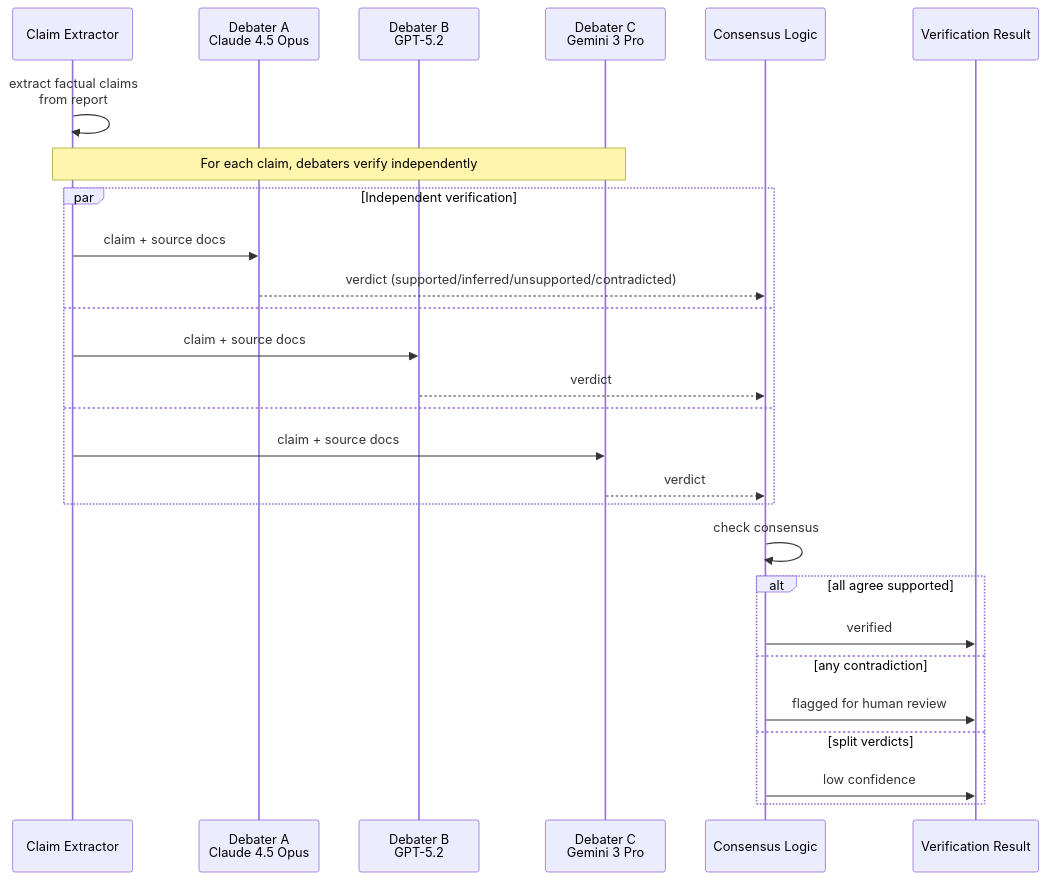
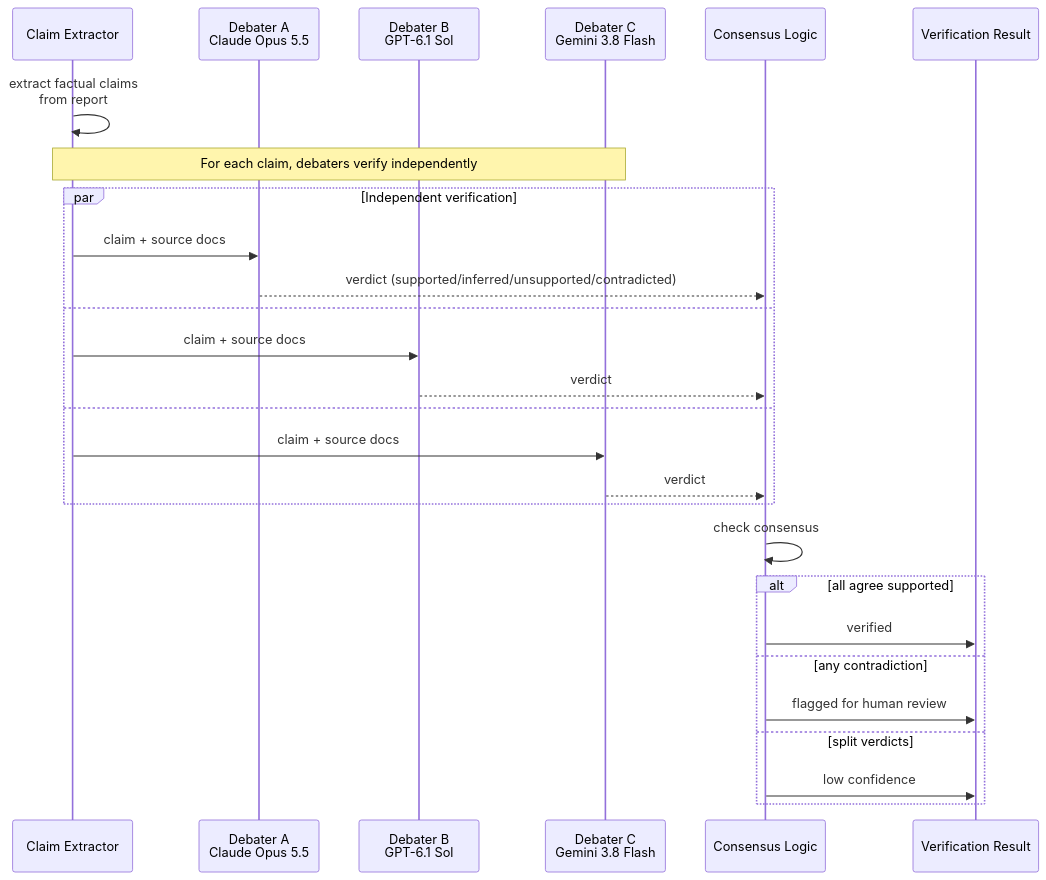
One commit to ChiHoc/ai-system-design-guide-zh changed the third of 3 diagrams in 16-case-studies/03-financial-analysis.md. Above: the diagram before and after it, drawn with Mermaid. The commit also changed other lines of this file and 149 other files, not shown here.

````diff
--- a/16-case-studies/03-financial-analysis.md
+++ b/16-case-studies/03-financial-analysis.md
@@ -223,30 +241,30 @@
 ```mermaid
 sequenceDiagram
     participant CE as Claim Extractor
-    participant D1 as Debater A<br/>Claude 4.5 Opus
-    participant D2 as Debater B<br/>GPT-5.2
-    participant D3 as Debater C<br/>Gemini 3 Pro
+    participant D1 as Debater A<br/>Claude Opus 5.5
+    participant D2 as Debater B<br/>GPT-6.1 Sol
+    participant D3 as Debater C<br/>Gemini 3.8 Flash
     participant CON as Consensus Logic
     participant OUT as Verification Result
 
     CE->>CE: extract factual claims<br/>from report
     Note over CE,D3: For each claim, debaters verify independently
     par Independent verification
         CE->>D1: claim + source docs
         D1-->>CON: verdict (supported/inferred/unsupported/contradicted)
     and
         CE->>D2: claim + source docs
         D2-->>CON: verdict
     and
         CE->>D3: claim + source docs
         D3-->>CON: verdict
     end
     CON->>CON: check consensus
     alt all agree supported
         CON->>OUT: verified
     else any contradiction
         CON->>OUT: flagged for human review
     else split verdicts
         CON->>OUT: low confidence
     end
 ```
````
